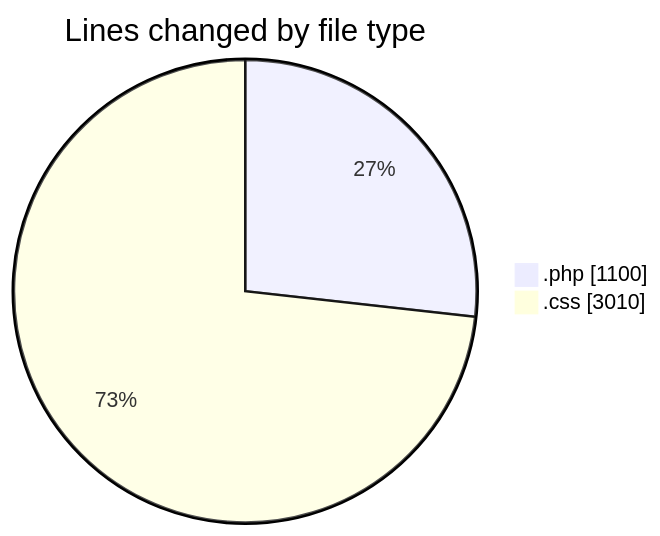
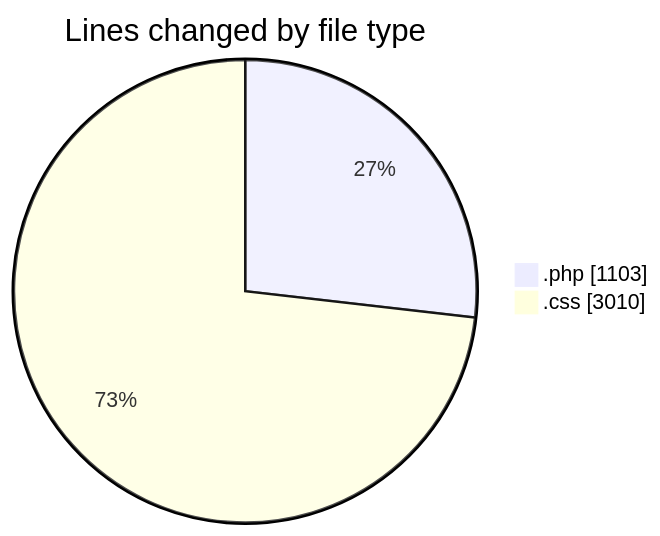
The first of 2 diagrams in 2026-11-10/wp-content__workspace_/README.md (debugP/code-tracking), drawn with Mermaid before and after one commit. The commit also changed other lines of this file and 1 other file, not shown here.

````diff
--- a/2026-11-10/wp-content__workspace_/README.md
+++ b/2026-11-10/wp-content__workspace_/README.md
@@ -21,6 +21,6 @@
 ```mermaid
 pie showData
 title Lines changed by file type
-".php" : 1100
+".php" : 1103
 ".css" : 3010
 ```
````
